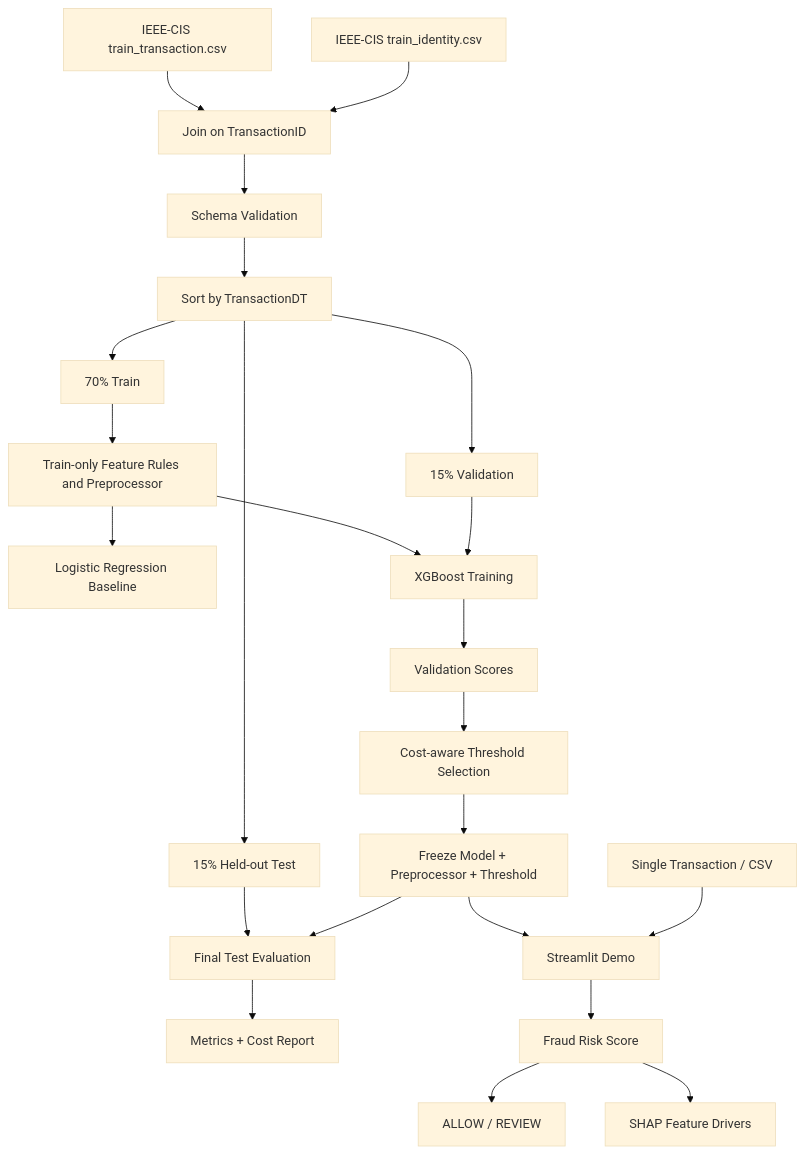
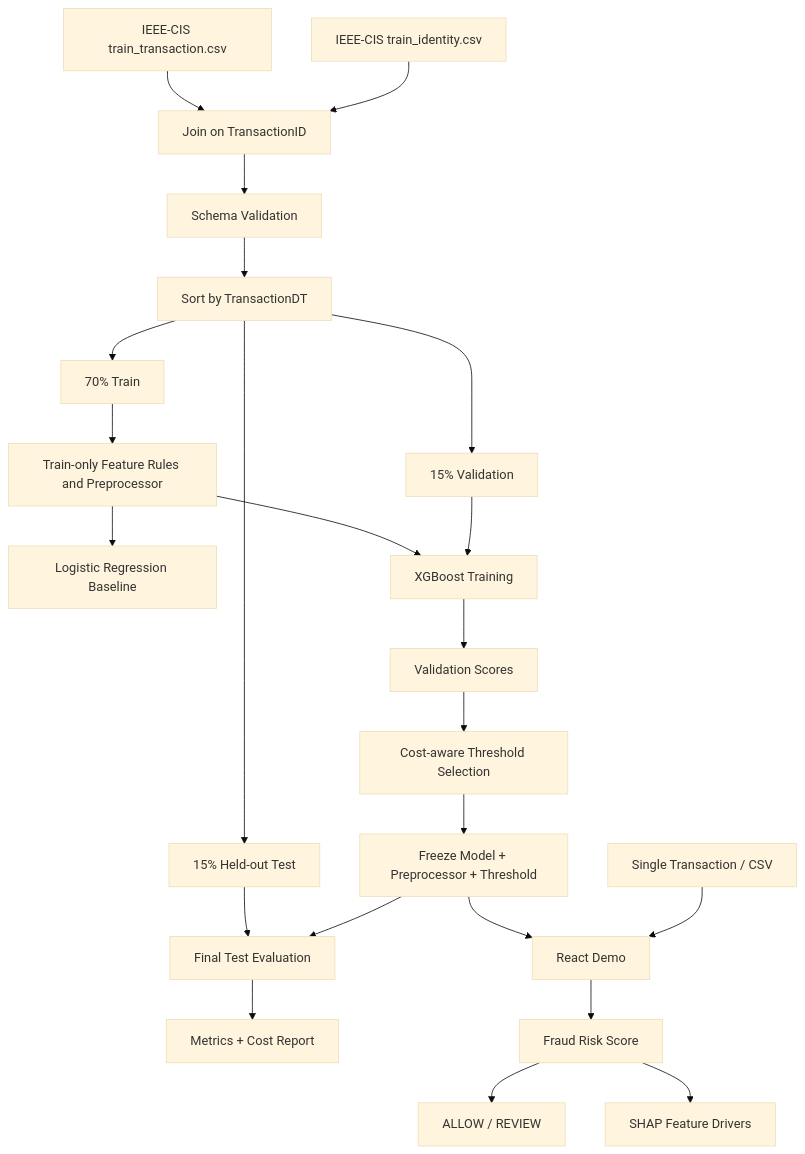
The diagram in documentation/AI-ML-Architecture.md (arpit-negi99/FraudGuardAI), drawn with Mermaid (base theme) before and after one commit. The commit also changed other lines of this file and 33 other files, not shown here.

````diff
--- a/documentation/AI-ML-Architecture.md
+++ b/documentation/AI-ML-Architecture.md
@@ -372,28 +372,28 @@
 ```mermaid
 flowchart TD
     A[IEEE-CIS train_transaction.csv] --> C[Join on TransactionID]
     B[IEEE-CIS train_identity.csv] --> C
     C --> D[Schema Validation]
     D --> E[Sort by TransactionDT]
     E --> F[70% Train]
     E --> G[15% Validation]
     E --> H[15% Held-out Test]
 
     F --> I[Train-only Feature Rules and Preprocessor]
     I --> J[Logistic Regression Baseline]
     I --> K[XGBoost Training]
     G --> K
     K --> L[Validation Scores]
     L --> M[Cost-aware Threshold Selection]
 
     M --> N[Freeze Model + Preprocessor + Threshold]
     H --> O[Final Test Evaluation]
     N --> O
     O --> P[Metrics + Cost Report]
 
-    N --> Q[Streamlit Demo]
+    N --> Q[React Demo]
     R[Single Transaction / CSV] --> Q
     Q --> S[Fraud Risk Score]
     S --> T[ALLOW / REVIEW]
     S --> U[SHAP Feature Drivers]
 ```
````
